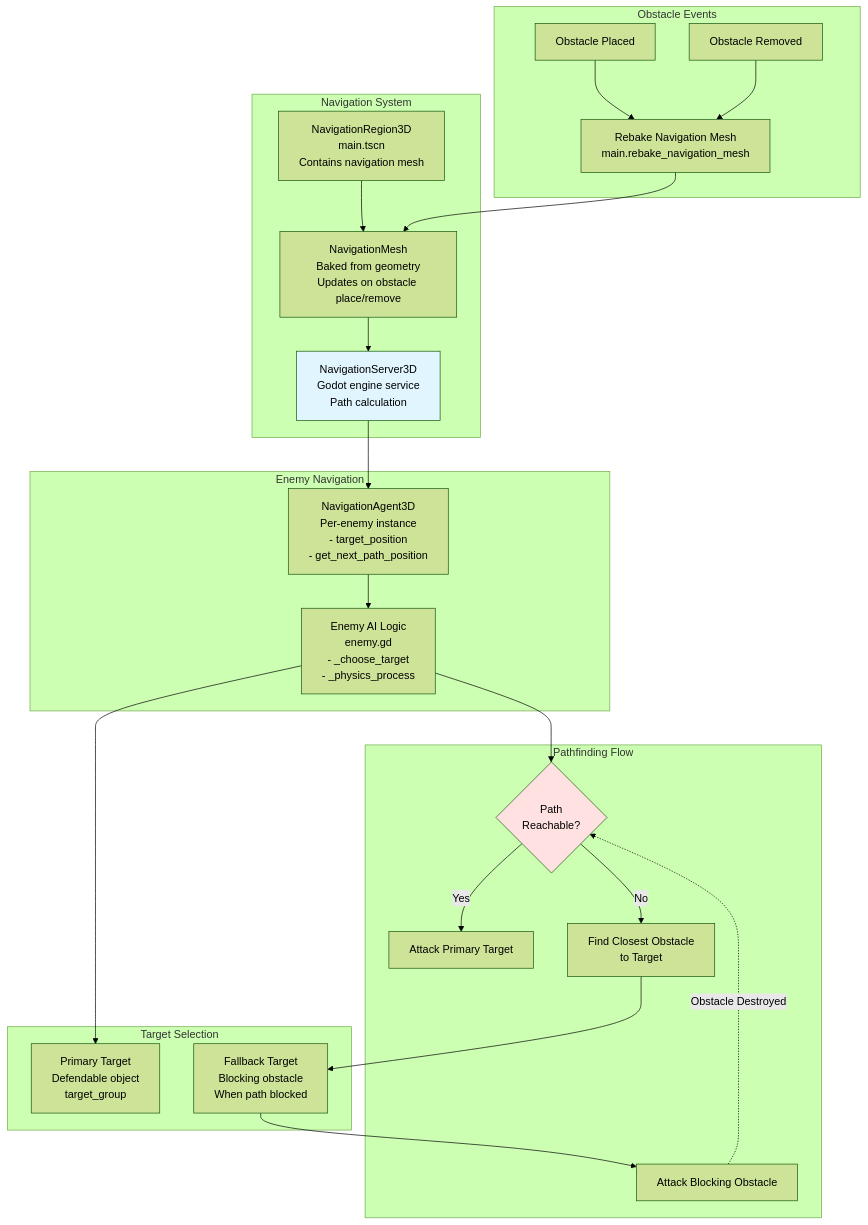
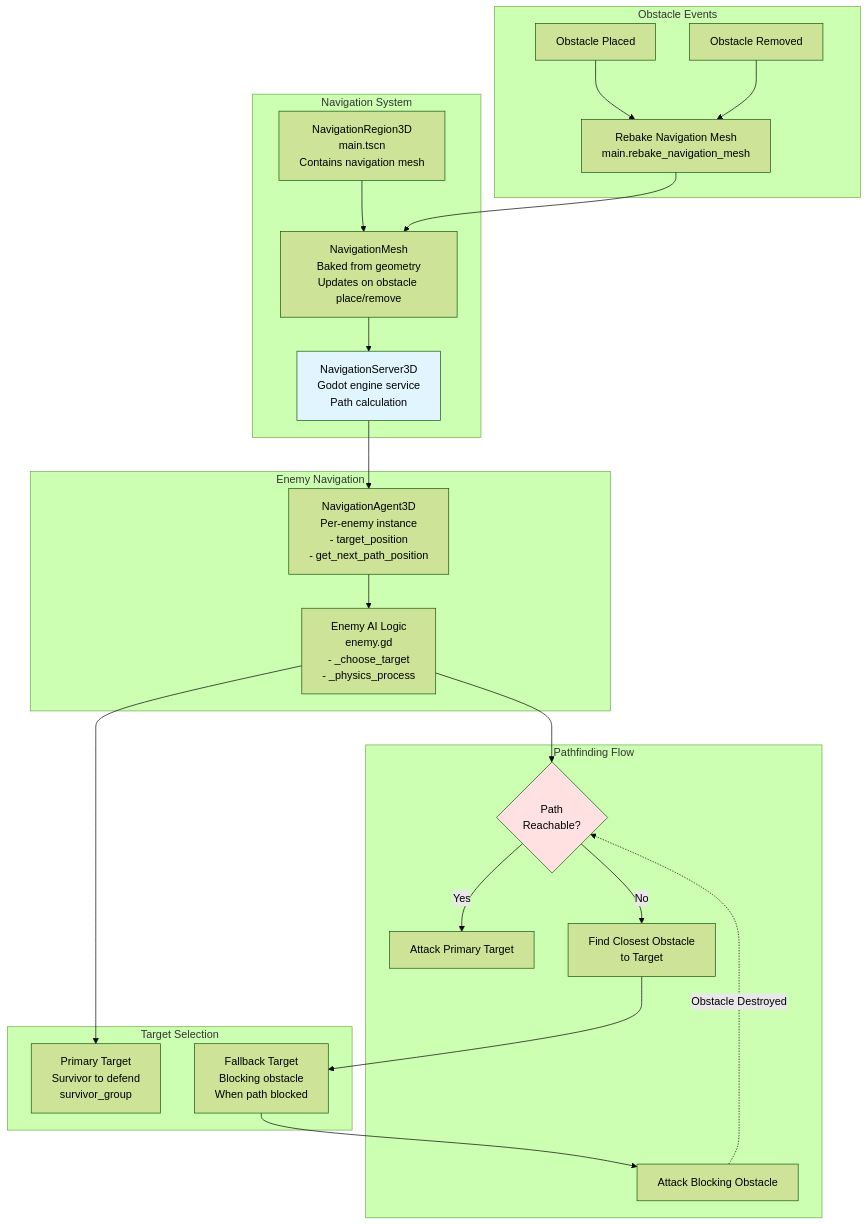
One commit to saebyn/godot-tower-defense changed the eighth of 8 diagrams in docs/ARCHITECTURE.md. Above: the diagram before and after it, drawn with Mermaid (forest theme). The commit also changed other lines of this file and 30 other files, not shown here.

First line of the commit message:
Align canonical naming: Target→Survivor, health bar→unit frame, Level→Scenario (#341)

````diff
--- a/docs/ARCHITECTURE.md
+++ b/docs/ARCHITECTURE.md
@@ -519,57 +519,57 @@
 ```mermaid
 graph TB
     subgraph "Navigation System"
         NavRegion[NavigationRegion3D<br/>main.tscn<br/>Contains navigation mesh]
         
         NavMesh[NavigationMesh<br/>Baked from geometry<br/>Updates on obstacle place/remove]
         
         NavServer[NavigationServer3D<br/>Godot engine service<br/>Path calculation]
     end
     
     subgraph "Enemy Navigation"
         NavAgent[NavigationAgent3D<br/>Per-enemy instance<br/>- target_position<br/>- get_next_path_position]
         
         EnemyAI[Enemy AI Logic<br/>enemy.gd<br/>- _choose_target<br/>- _physics_process]
     end
     
     subgraph "Target Selection"
-        PrimaryTarget[Primary Target<br/>Defendable object<br/>target_group]
+        PrimaryTarget[Primary Target<br/>Survivor to defend<br/>survivor_group]
         
         FallbackTarget[Fallback Target<br/>Blocking obstacle<br/>When path blocked]
     end
     
     subgraph "Pathfinding Flow"
         Check{Path<br/>Reachable?}
         AttackPrimary[Attack Primary Target]
         FindBlocker[Find Closest Obstacle<br/>to Target]
         AttackBlocker[Attack Blocking Obstacle]
     end
     
     NavRegion --> NavMesh
     NavMesh --> NavServer
     NavServer --> NavAgent
     NavAgent --> EnemyAI
     
     EnemyAI --> PrimaryTarget
     EnemyAI --> Check
     
     Check -->|Yes| AttackPrimary
     Check -->|No| FindBlocker
     FindBlocker --> FallbackTarget
     FallbackTarget --> AttackBlocker
     
     AttackBlocker -.Obstacle Destroyed.-> Check
     
     subgraph "Obstacle Events"
         PlaceObstacle[Obstacle Placed]
         RemoveObstacle[Obstacle Removed]
         Rebake[Rebake Navigation Mesh<br/>main.rebake_navigation_mesh]
     end
     
     PlaceObstacle --> Rebake
     RemoveObstacle --> Rebake
     Rebake --> NavMesh
     
     style NavServer fill:#e1f5ff
     style Check fill:#ffe1e1
 ```
````
